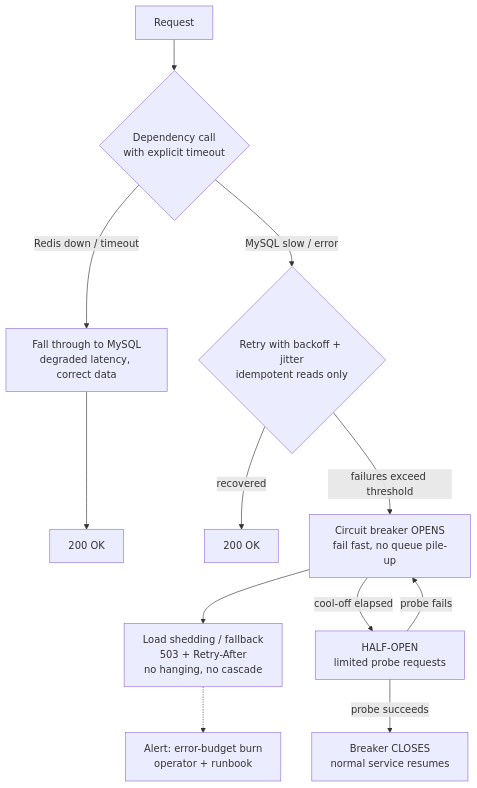
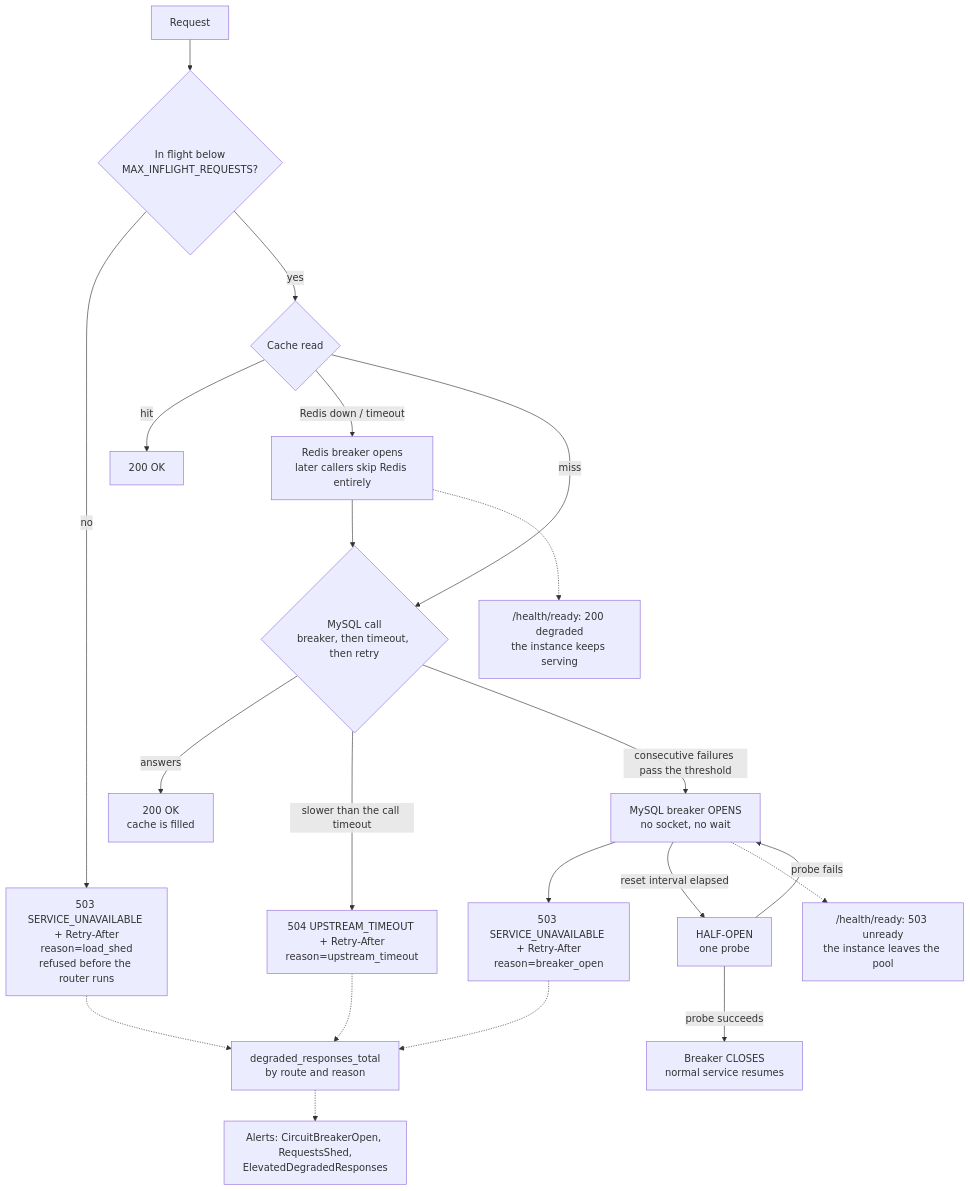
Before and after one commit to sibomana-si/scalable-content-platform: the diagram in docs/architecture/diagrams/failure-handling.mmd, drawn with Mermaid. The commit also changed 28 other files, not shown here.

Commit message:
answer every dependency failure instead of hanging on it

```diff
--- a/docs/architecture/diagrams/failure-handling.mmd
+++ b/docs/architecture/diagrams/failure-handling.mmd
@@ -1,22 +1,33 @@
 graph TD
-    req[Request] --> path{Dependency call<br/>with explicit timeout}
+    req[Request] --> gate{In flight below<br/>MAX_INFLIGHT_REQUESTS?}
+    gate -- no --> shed["503 SERVICE_UNAVAILABLE + Retry-After<br/>reason=load_shed<br/>refused before the router runs"]
+    gate -- yes --> cache{Cache read}
 
-    path -- "Redis down / timeout" --> fallthrough[Fall through to MySQL<br/>degraded latency, correct data]
-    fallthrough --> ok1[200 OK]
+    cache -- hit --> ok1[200 OK]
+    cache -- "Redis down / timeout" --> rcb[Redis breaker opens<br/>later callers skip Redis entirely]
+    rcb --> db
+    cache -- miss --> db{"MySQL call<br/>breaker, then timeout, then retry"}
 
-    path -- "MySQL slow / error" --> retry{Retry with backoff + jitter<br/>idempotent reads only}
-    retry -- recovered --> ok2[200 OK]
-    retry -- "failures exceed threshold" --> cb[Circuit breaker OPENS<br/>fail fast, no queue pile-up]
-
-    cb --> shed[Load shedding / fallback<br/>503 + Retry-After<br/>no hanging, no cascade]
-    cb -- "cool-off elapsed" --> half[HALF-OPEN<br/>limited probe requests]
+    db -- answers --> ok2[200 OK<br/>cache is filled]
+    db -- "slower than the call timeout" --> to["504 UPSTREAM_TIMEOUT + Retry-After<br/>reason=upstream_timeout"]
+    db -- "consecutive failures pass the threshold" --> cb[MySQL breaker OPENS<br/>no socket, no wait]
+    cb --> unavail["503 SERVICE_UNAVAILABLE + Retry-After<br/>reason=breaker_open"]
+    cb -- "reset interval elapsed" --> half[HALF-OPEN<br/>one probe]
     half -- "probe succeeds" --> closed[Breaker CLOSES<br/>normal service resumes]
     half -- "probe fails" --> cb
 
-    shed -.-> alert[Alert: error-budget burn<br/>operator + runbook]
+    shed -.-> deg[degraded_responses_total<br/>by route and reason]
+    to -.-> deg
+    unavail -.-> deg
+    deg -.-> alert[Alerts: CircuitBreakerOpen, RequestsShed,<br/>ElevatedDegradedResponses]
+
+    rcb -.-> ready["/health/ready: 200 degraded<br/>the instance keeps serving"]
+    cb -.-> unready["/health/ready: 503 unready<br/>the instance leaves the pool"]
 
     %% Invariants (resilience/fault-tolerance-design.md):
     %% - every external call has a timeout — nothing waits forever
     %% - retries are bounded and backed off — no retry storms
     %% - Redis loss is a latency event, never a correctness event
     %% - MySQL impairment produces fast, explicit 5xx — not cascading hangs
+    %% - a refusal is never a 500 — 503 and 504 both carry Retry-After
+    %% - only MySQL decides readiness — a dead cache leaves the instance in the pool
```
